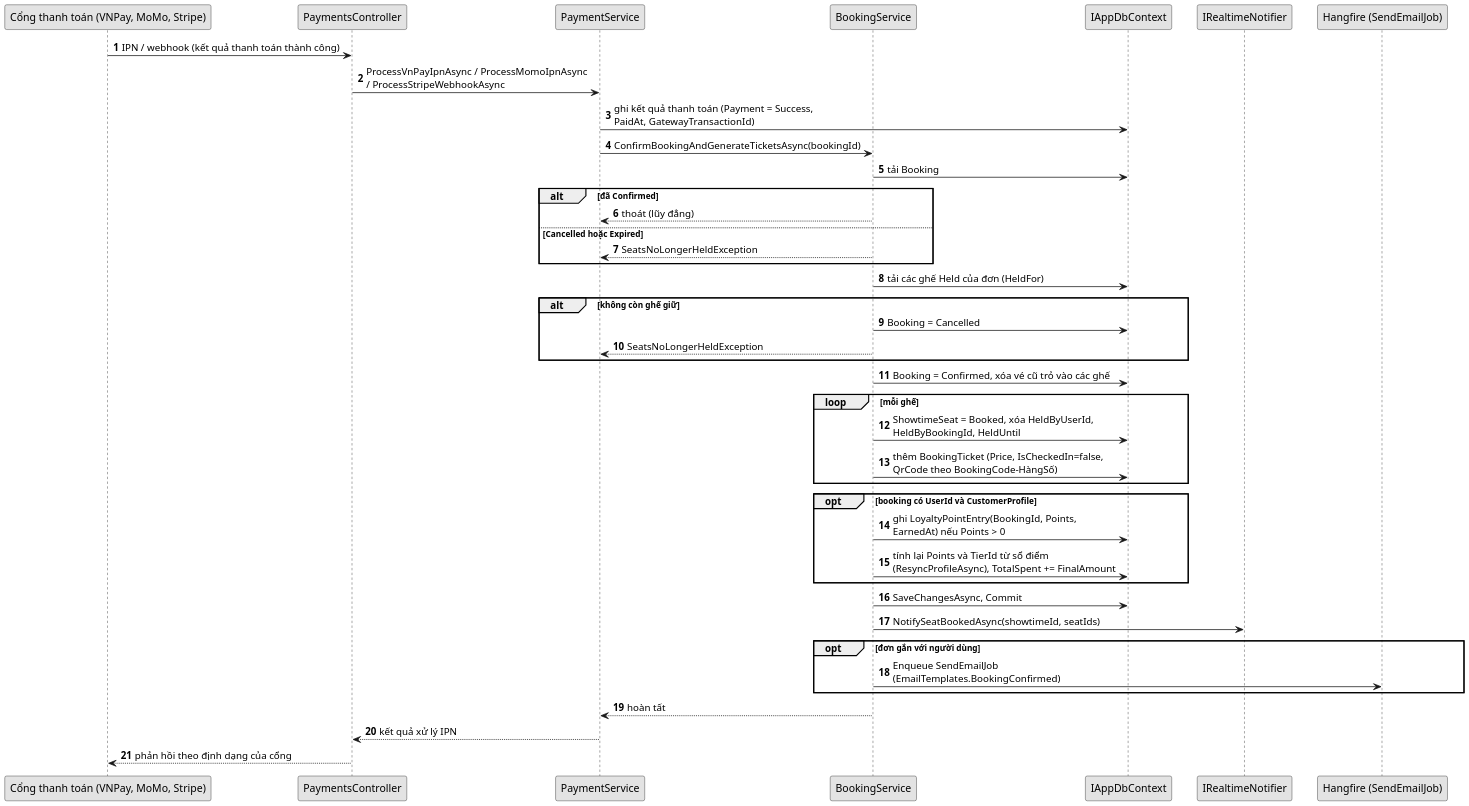
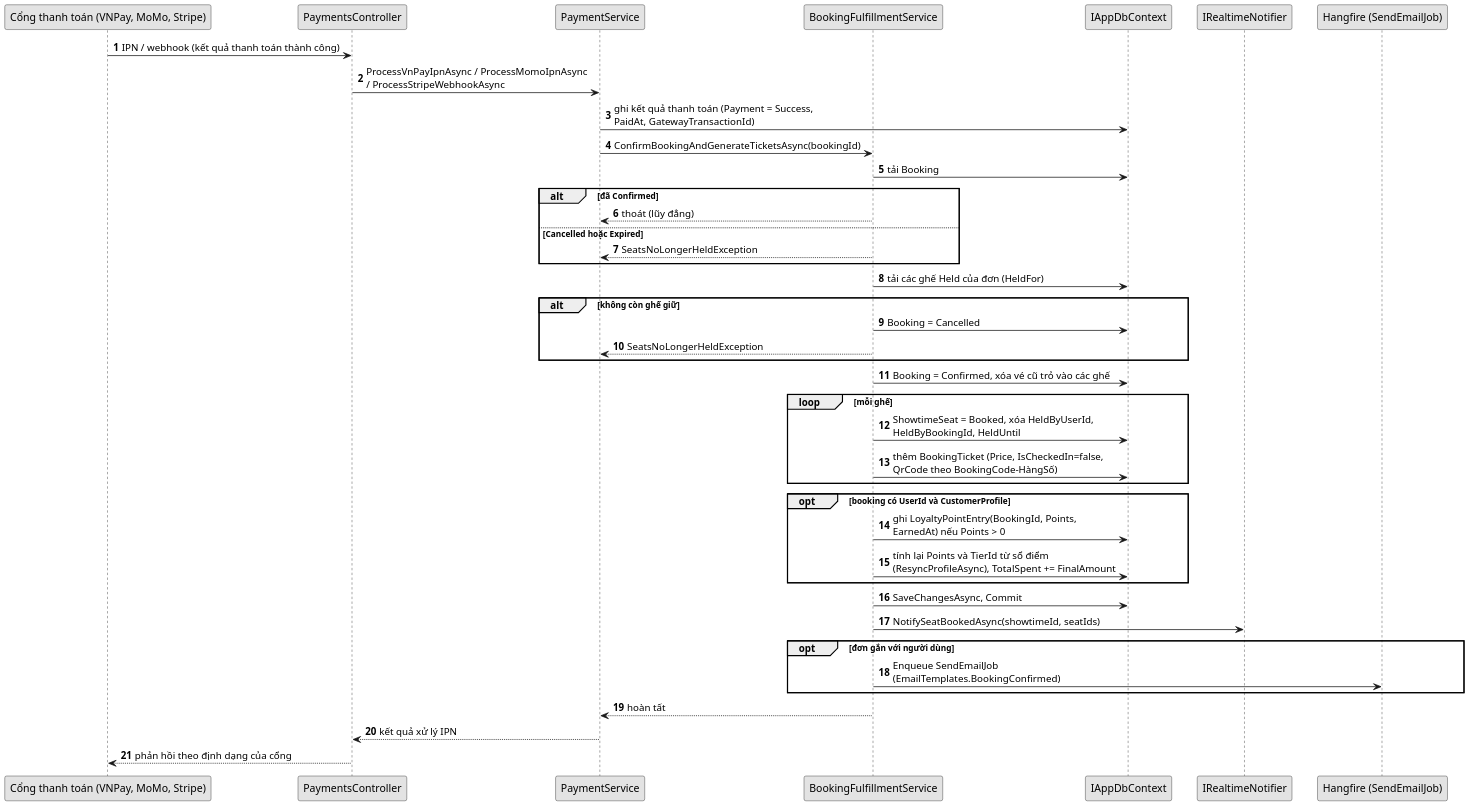
The diagram in docs/so-do/plantuml/hinh-4-51.puml (nguyenhiennnnn/cinema-v2), drawn with PlantUML before and after one commit. The commit also changed 24 other files, not shown here.

```diff
--- a/docs/so-do/plantuml/hinh-4-51.puml
+++ b/docs/so-do/plantuml/hinh-4-51.puml
@@ -1,49 +1,51 @@
 @startuml
 skinparam monochrome true
 skinparam shadowing false
 skinparam defaultFontName "Times New Roman"
 skinparam sequenceMessageAlign left
 skinparam maxMessageSize 300
 skinparam ParticipantPadding 12
 skinparam dpi 150
 autonumber
+
 participant "Cổng thanh toán (VNPay, MoMo, Stripe)" as G
 participant "PaymentsController" as C
 participant "PaymentService" as P
-participant "BookingService" as B
+participant "BookingFulfillmentService" as B
 participant "IAppDbContext" as DB
 participant "IRealtimeNotifier" as N
 participant "Hangfire (SendEmailJob)" as H
+
 G -> C : IPN / webhook (kết quả thanh toán thành công)
 C -> P : ProcessVnPayIpnAsync / ProcessMomoIpnAsync / ProcessStripeWebhookAsync
 P -> DB : ghi kết quả thanh toán (Payment = Success, PaidAt, GatewayTransactionId)
 P -> B : ConfirmBookingAndGenerateTicketsAsync(bookingId)
 B -> DB : tải Booking
 alt đã Confirmed
 B --> P : thoát (lũy đẳng)
 else Cancelled hoặc Expired
 B --> P : SeatsNoLongerHeldException
 end
 B -> DB : tải các ghế Held của đơn (HeldFor)
 alt không còn ghế giữ
 B -> DB : Booking = Cancelled
 B --> P : SeatsNoLongerHeldException
 end
 B -> DB : Booking = Confirmed, xóa vé cũ trỏ vào các ghế
 loop mỗi ghế
 B -> DB : ShowtimeSeat = Booked, xóa HeldByUserId, HeldByBookingId, HeldUntil
 B -> DB : thêm BookingTicket (Price, IsCheckedIn=false, QrCode theo BookingCode-HàngSố)
 end
 opt booking có UserId và CustomerProfile
 B -> DB : ghi LoyaltyPointEntry(BookingId, Points, EarnedAt) nếu Points > 0
 B -> DB : tính lại Points và TierId từ sổ điểm (ResyncProfileAsync), TotalSpent += FinalAmount
 end
 B -> DB : SaveChangesAsync, Commit
 B -> N : NotifySeatBookedAsync(showtimeId, seatIds)
 opt đơn gắn với người dùng
 B -> H : Enqueue SendEmailJob (EmailTemplates.BookingConfirmed)
 end
 B --> P : hoàn tất
 P --> C : kết quả xử lý IPN
 C --> G : phản hồi theo định dạng của cổng
 @enduml
```
